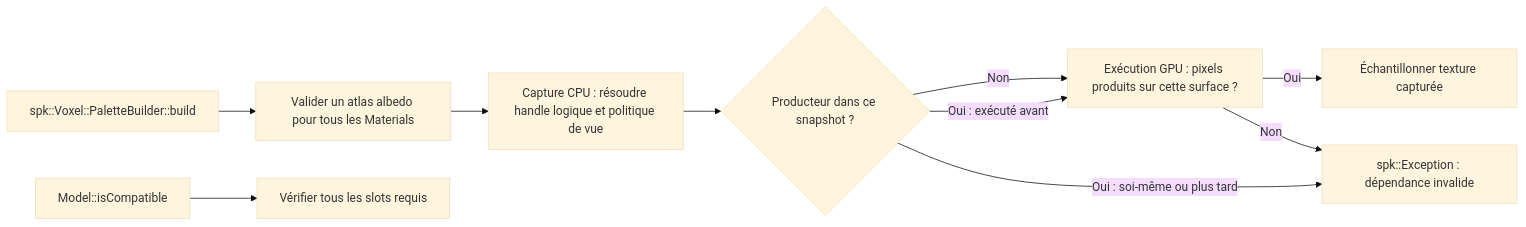
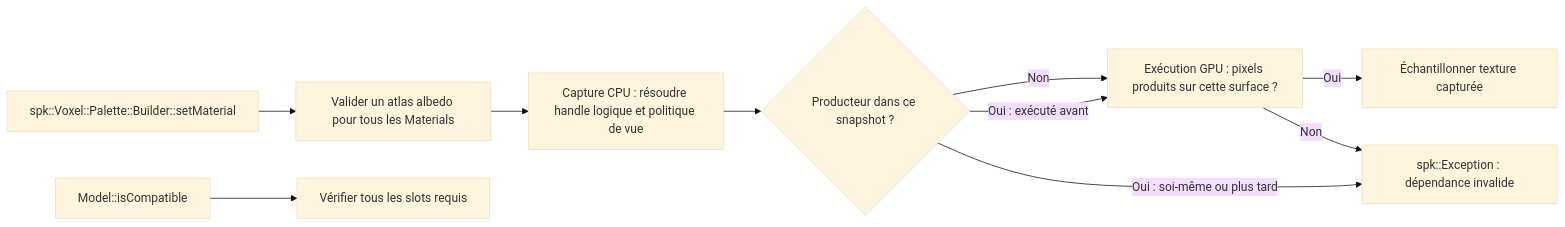
The fifth of 10 diagrams in docs/voxel-engine-v0.1.4/07-vues-et-passes.md (EreliaStudio/Sparkle), drawn with Mermaid (base theme) before and after one commit. The commit also changed other lines of this file, not shown here.

Commit message:
PR-07: document namespace Voxel::Palette::Builder and validation at insertion

````diff
--- a/docs/voxel-engine-v0.1.4/07-vues-et-passes.md
+++ b/docs/voxel-engine-v0.1.4/07-vues-et-passes.md
@@ -396,12 +396,12 @@
 ```mermaid
 flowchart LR
-  Palette["spk::Voxel::PaletteBuilder::build"] --> Atlas["Valider un atlas albedo pour tous les Materials"]
+  Palette["spk::Voxel::Palette::Builder::setMaterial"] --> Atlas["Valider un atlas albedo pour tous les Materials"]
   Model["Model::isCompatible"] --> Slots["Vérifier tous les slots requis"]
   Atlas --> Capture["Capture CPU : résoudre handle logique et politique de vue"]
   Capture --> Earlier{"Producteur dans ce snapshot ?"}
   Earlier -->|"Oui : exécuté avant"| GPU["Exécution GPU : pixels produits sur cette surface ?"]
   Earlier -->|"Oui : soi-même ou plus tard"| Reject["spk::Exception : dépendance invalide"]
   Earlier -->|"Non"| GPU
   GPU -->|"Oui"| Sample["Échantillonner texture capturée"]
   GPU -->|"Non"| Reject
 ```
````
